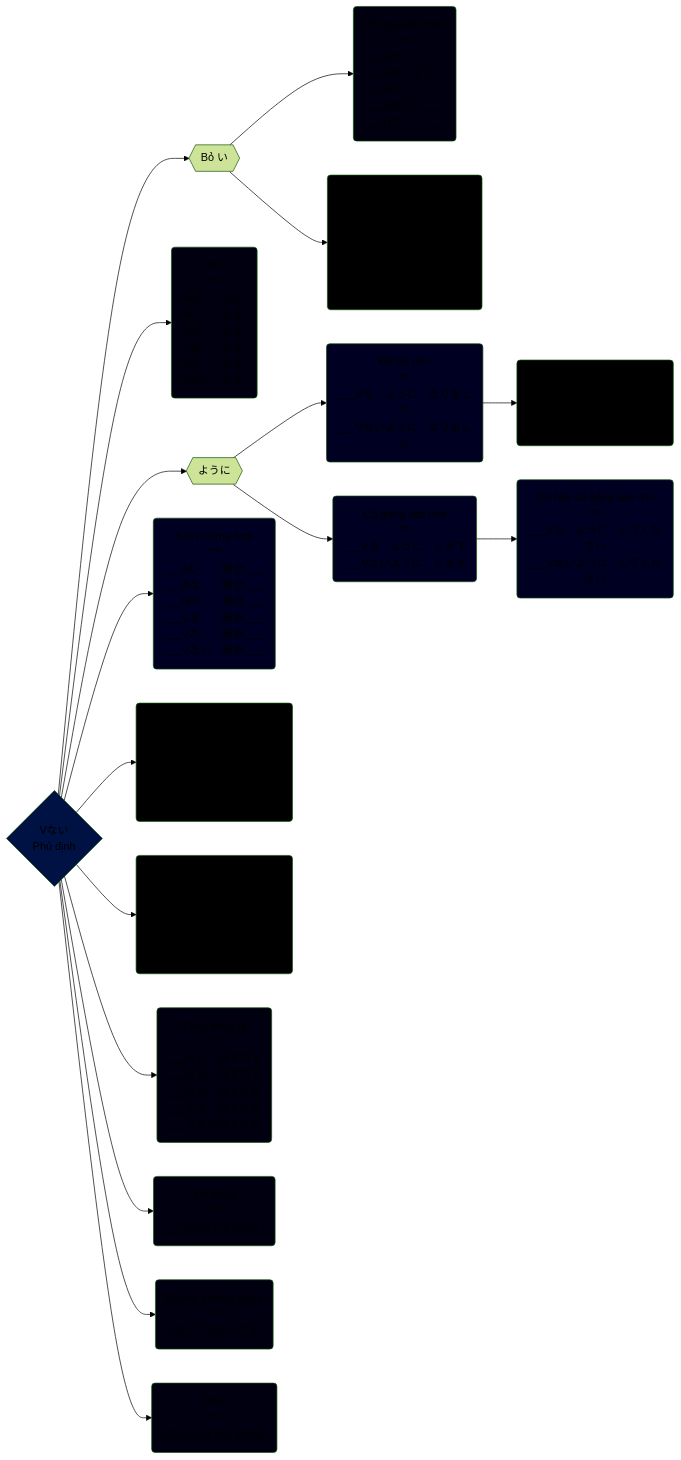
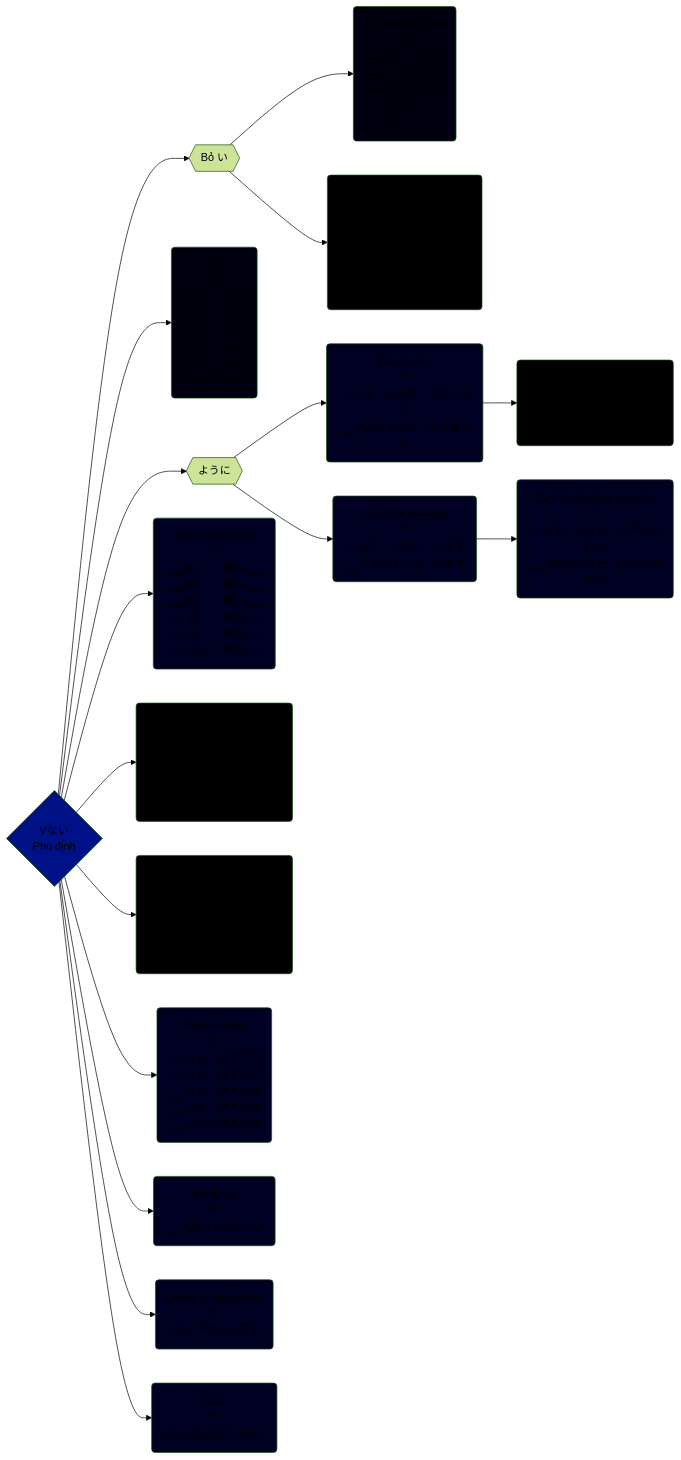
The diagram in The/未然形.md (tea1504/learn), drawn with Mermaid (forest theme) before and after one commit. The commit also changed 7 other files, not shown here.

````diff
--- a/The/未然形.md
+++ b/The/未然形.md
@@ -1,37 +1,37 @@
 ```mermaid
 graph LR;
     V{Vない\n Phủ định}
 
     V-->boI{{Bỏ い}}
     V-->khi(Khi\n***\nNの　　とき,\nAい　　とき,\nAな　　とき,\nVる　　とき,\nVた　　とき,\nVない　とき,)
     boI-->chiNguyenNhan(Chỉ nguyên nhân\n***\n___Vて　　,___\n___Vなくて,___\n___Aくて　,___\n___Aなで　,___\n___Nで　　,___)
     V-->youni{{ように}}
     youni-->daTroNen(Đã trở nên\n***\n___Vる　ように　なりました\n___Vないように　なりました)
     youni-->coGangSaoCho(Cố gắng sao cho\n***\n___Vる　ように　します\n___Vないように　します)
     coGangSaoCho-->xinHayCoGangSaoCho(Xin hãy cố gắng sao cho\n***\n___Vる　ように　してください\n___Vないように　してください)
     daTroNen-->daKhongThe(Đã không thể\n***\n___V可能形なく　なりました)
     V-->truongHop(Khi/Trường hợp\n***\n___Aい　　場合,___\n___Aな　　場合,___\n___Nの　　場合,___\n___Vる　　場合,___\n___Vた　　場合,___\n___Vない　場合,___)
     V-->nenKhongNen(Nên, không nên\n***\nは　Nを　Vた　　ほうが　いいです\nは　Nを　Vない　ほうが　いいです)
     boI-->neu(Nếu\n***\nもし___A　　かったら,___\nもし___Aな　かったら,___\nもし___N　　かったら,___\nもし___Vた　かったら,___\nもし___Vな　かったら,___)
     V-->dinh(Định\n***\n___は　Nを　　Vるつもりです.\n___は　Nを　Vないつもりです.)
     V-->chacChanLa(Chắc chắn là\n***\n___Ａい　はずです\n___Ａな　はずです\n___Ｎの　はずです\n___Ｖる　はずです\n___Ｖないはずです)
     V-->xinDung(Xin đừng\n***\n___Vないでください)
     V-->khongCungDuoc(Không V cũng được\n***\nVなくてもいいです)
     V-->phai(Phải\n***\nVなければなりません)
 
-    style V fill:#014
-    style chacChanLa fill:#001
+    style V fill:#018
+    style chacChanLa fill:#002
     style chiNguyenNhan fill:#001
     style coGangSaoCho fill:#002
     style daKhongThe fill:#000
     style daTroNen fill:#002
     style dinh fill:#000
     style khi fill:#001
-    style khongCungDuoc fill:#001
+    style khongCungDuoc fill:#002
     style nenKhongNen fill:#000
     style neu fill:#000
-    style phai fill:#001
+    style phai fill:#002
     style truongHop fill:#002
-    style xinDung fill:#001
+    style xinDung fill:#002
     style xinHayCoGangSaoCho fill:#002
 ```
````
